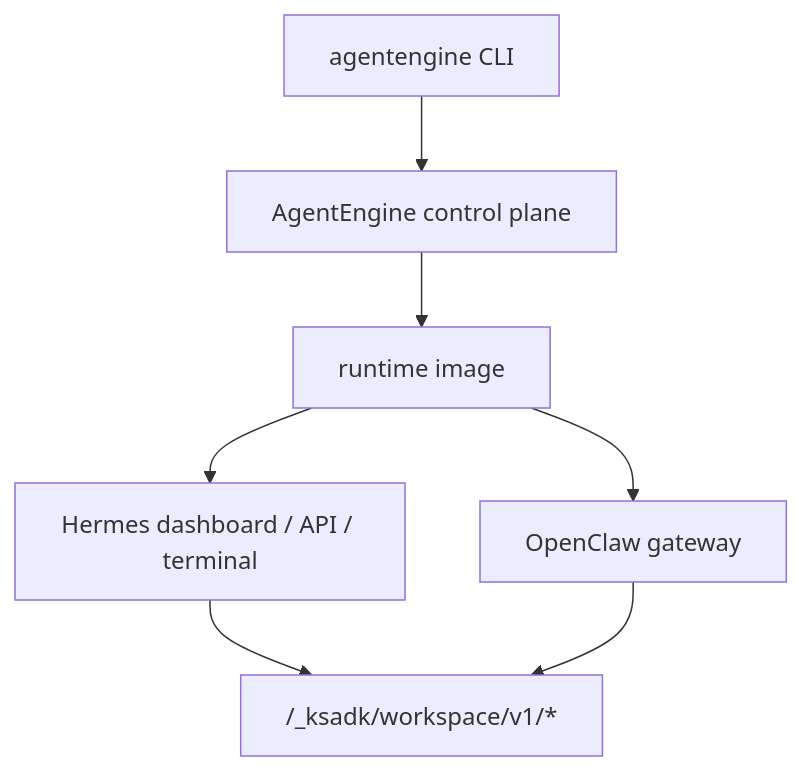
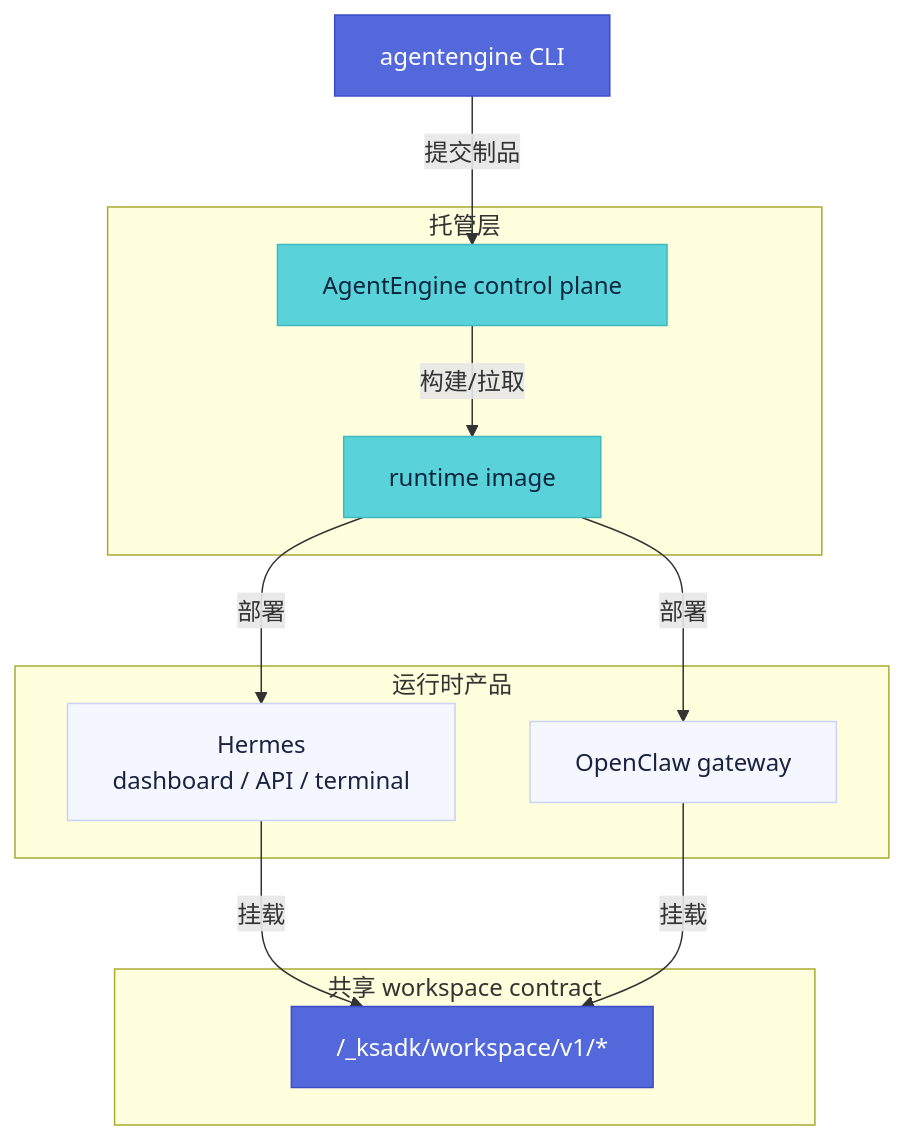
Before and after one commit to kingsoftcloud/ksadk-python: the diagram in docs-site/content/docs/framework/guides/runtime-products.mdx, drawn with Mermaid. The commit also changed other lines of this file and 33 other files, not shown here.

````diff
--- a/docs-site/content/docs/framework/guides/runtime-products.mdx
+++ b/docs-site/content/docs/framework/guides/runtime-products.mdx
@@ -14,9 +14,28 @@
 ```mermaid
 flowchart TD
-  CLI["agentengine CLI"] --> Control["AgentEngine control plane"]
-  Control --> Image["runtime image"]
-  Image --> Hermes["Hermes dashboard / API / terminal"]
-  Image --> OpenClaw["OpenClaw gateway"]
-  Hermes --> Workspace["/_ksadk/workspace/v1/*"]
-  OpenClaw --> Workspace
+  CLI["agentengine CLI"] -->|提交制品| Control["AgentEngine control plane"]
+  Control -->|构建/拉取| Image["runtime image"]
+  Image -->|部署| Hermes["Hermes<br/>dashboard / API / terminal"]
+  Image -->|部署| OpenClaw["OpenClaw gateway"]
+  Hermes -->|挂载| Workspace["/_ksadk/workspace/v1/*"]
+  OpenClaw -->|挂载| Workspace
+
+  subgraph hosted["托管层"]
+    Control
+    Image
+  end
+  subgraph products["运行时产品"]
+    Hermes
+    OpenClaw
+  end
+  subgraph shared["共享 workspace contract"]
+    Workspace
+  end
+
+  classDef brand fill:#5368db,stroke:#3b4cc7,color:#fff
+  classDef accent fill:#59d3d9,stroke:#3fb8be,color:#0a2540
+  classDef neutral fill:#f5f7ff,stroke:#c9d2f5,color:#1a2240
+  class CLI,Workspace brand
+  class Control,Image accent
+  class Hermes,OpenClaw neutral
 ```
````
